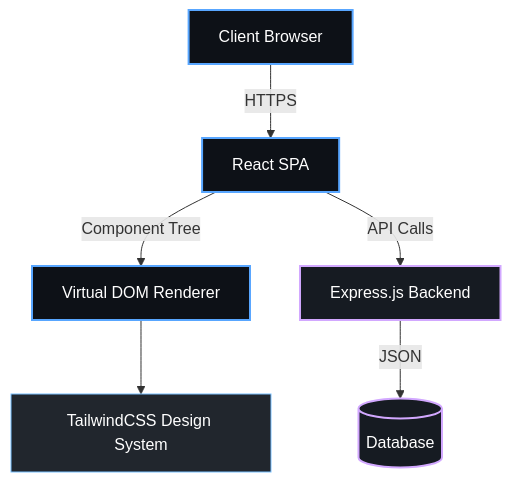
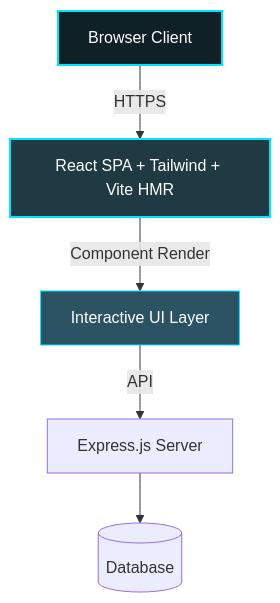
The diagram in README.md (Nytrynox/AI-Research-Report), drawn with Mermaid before and after one commit. The commit also changed other lines of this file, not shown here.

````diff
--- a/README.md
+++ b/README.md
@@ -33,15 +38,11 @@
 ```mermaid
 graph TD;
-    A["Client Browser"] -->|HTTPS| B["React SPA"];
-    B -->|Component Tree| C["Virtual DOM Renderer"];
-    C --> D["TailwindCSS Design System"];
-    B -->|API Calls| E["Express.js Backend"];
-    E -->|JSON| F[(Database)];
+    A["Browser Client"] -->|"HTTPS"| B["React SPA + Tailwind + Vite HMR"];
+    B -->|"Component Render"| C["Interactive UI Layer"];
+    C -->|"API"| D["Express.js Server"];
+    D --> E[(Database)];
 
-    classDef frontend fill:#0d1117,stroke:#58a6ff,stroke-width:2px,color:#fff;
-    classDef backend fill:#161b22,stroke:#d2a8ff,stroke-width:2px,color:#fff;
-    classDef styling fill:#21262d,stroke:#79c0ff,stroke-width:1px,color:#fff;
-    class A,B,C frontend;
-    class D styling;
-    class E,F backend;
+    style A fill:#0f2027,stroke:#00e5ff,stroke-width:2px,color:#fff
+    style B fill:#203a43,stroke:#00e5ff,stroke-width:2px,color:#fff
+    style C fill:#2c5364,stroke:#00e5ff,stroke-width:1px,color:#fff
 ```
````
